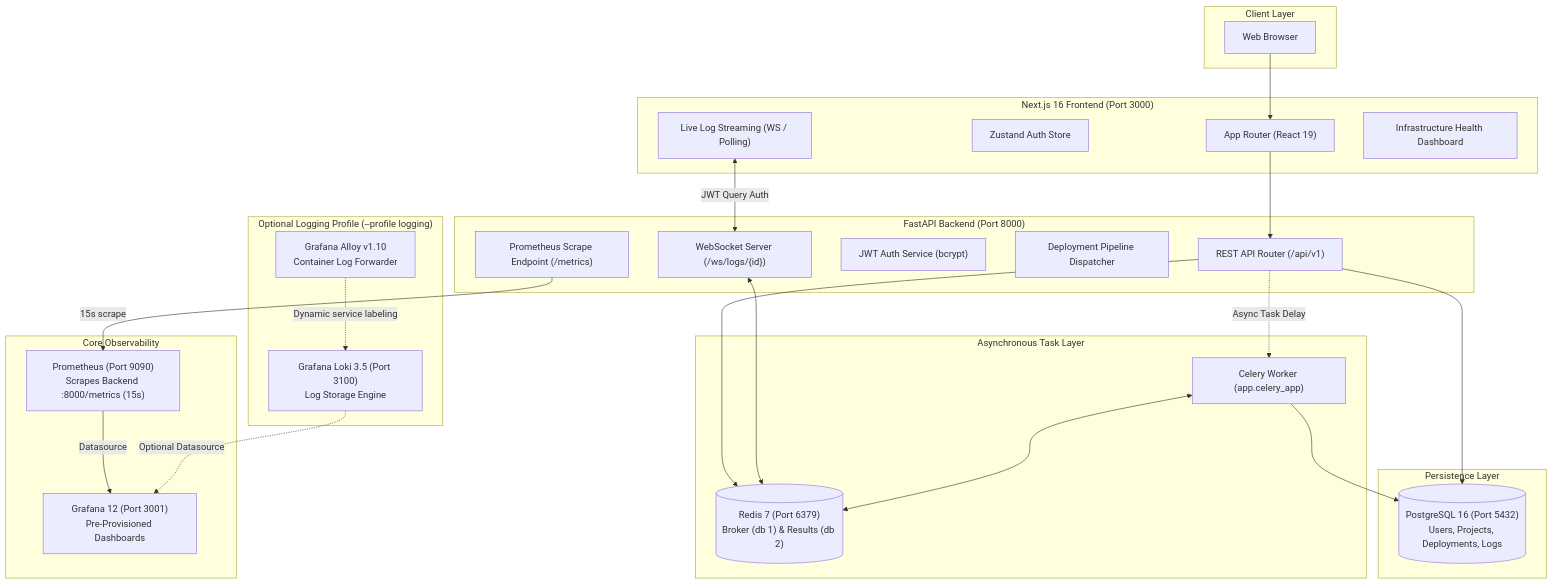
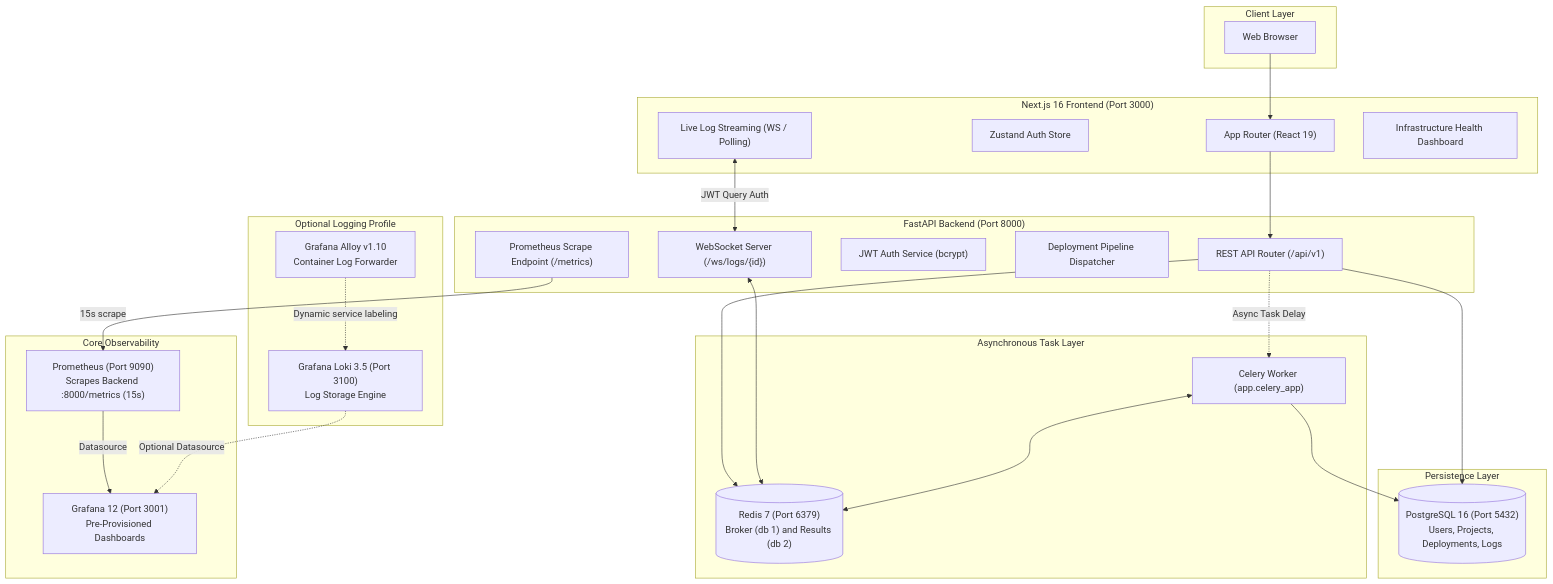
One commit to satviashwin369-creator/StackForge changed the diagram in README.md. Above: the diagram before and after it, drawn with Mermaid. The commit also changed other lines of this file and 20 other files, not shown here.

Commit message:
docs(arch): add native PNG diagrams and unwrap top-level Mermaid blocks for 100% GitHub visibility

````diff
--- a/README.md
+++ b/README.md
@@ -41,55 +43,55 @@
 ```mermaid
 flowchart TD
     subgraph Client ["Client Layer"]
         Browser["Web Browser"]
     end
 
     subgraph Frontend ["Next.js 16 Frontend (Port 3000)"]
         UI["App Router (React 19)"]
         Zustand["Zustand Auth Store"]
         LogViewer["Live Log Streaming (WS / Polling)"]
         InfraView["Infrastructure Health Dashboard"]
     end
 
     subgraph Backend ["FastAPI Backend (Port 8000)"]
         API["REST API Router (/api/v1)"]
         WS["WebSocket Server (/ws/logs/{id})"]
         AuthSvc["JWT Auth Service (bcrypt)"]
         DepSvc["Deployment Pipeline Dispatcher"]
         MetricsEp["Prometheus Scrape Endpoint (/metrics)"]
     end
 
     subgraph Async ["Asynchronous Task Layer"]
         Worker["Celery Worker (app.celery_app)"]
-        Redis[("Redis 7 (Port 6379)\nBroker (db 1) & Results (db 2)")]
+        Redis[("Redis 7 (Port 6379)<br/>Broker (db 1) and Results (db 2)")]
     end
 
     subgraph Database ["Persistence Layer"]
-        Postgres[("PostgreSQL 16 (Port 5432)\nUsers, Projects, Deployments, Logs")]
+        Postgres[("PostgreSQL 16 (Port 5432)<br/>Users, Projects, Deployments, Logs")]
     end
 
     subgraph CoreObservability ["Core Observability"]
-        Prometheus["Prometheus (Port 9090)\nScrapes Backend :8000/metrics (15s)"]
-        Grafana["Grafana 12 (Port 3001)\nPre-Provisioned Dashboards"]
+        Prometheus["Prometheus (Port 9090)<br/>Scrapes Backend :8000/metrics (15s)"]
+        Grafana["Grafana 12 (Port 3001)<br/>Pre-Provisioned Dashboards"]
     end
 
-    subgraph OptionalLogging ["Optional Logging Profile (--profile logging)"]
-        Loki["Grafana Loki 3.5 (Port 3100)\nLog Storage Engine"]
-        Alloy["Grafana Alloy v1.10\nContainer Log Forwarder"]
+    subgraph OptionalLogging ["Optional Logging Profile"]
+        Loki["Grafana Loki 3.5 (Port 3100)<br/>Log Storage Engine"]
+        Alloy["Grafana Alloy v1.10<br/>Container Log Forwarder"]
     end
 
     Browser --> UI
     UI --> API
     LogViewer <-->|JWT Query Auth| WS
     API --> Postgres
     API --> Redis
     WS <--> Redis
     API -.->|Async Task Delay| Worker
     Worker <--> Redis
     Worker --> Postgres
 
     MetricsEp -->|15s scrape| Prometheus
     Prometheus -->|Datasource| Grafana
     Alloy -.->|Dynamic service labeling| Loki
     Loki -.->|Optional Datasource| Grafana
 ```
````
